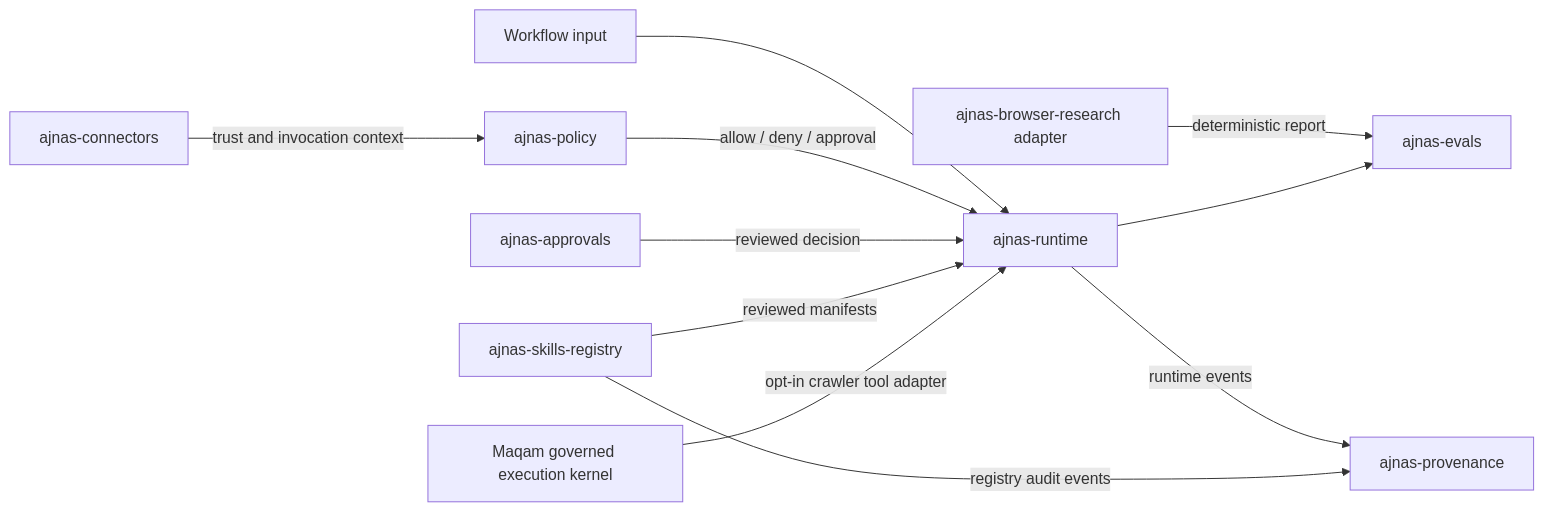
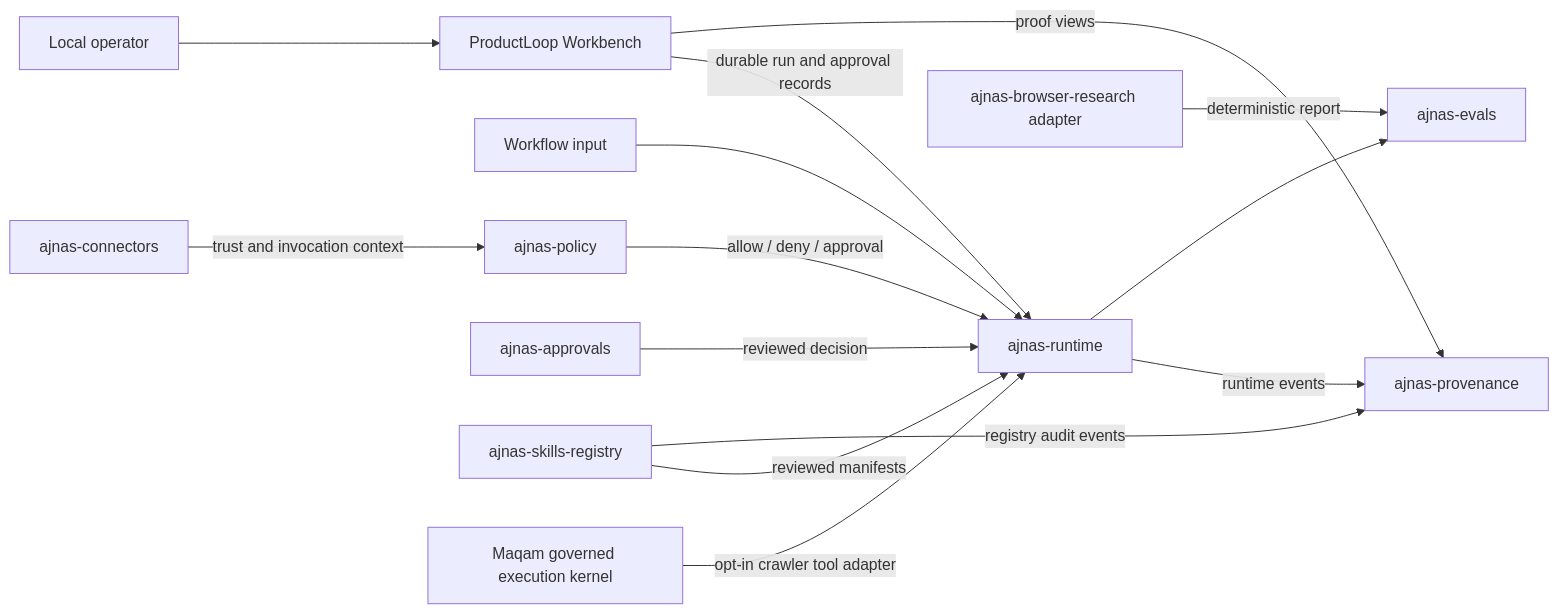
The diagram in docs/architecture.md (AjnasNB/productloop-os), drawn with Mermaid before and after one commit. The commit also changed other lines of this file and 33 other files, not shown here.

First line of the commit message:
Add ProductLoop Workbench (#33)

````diff
--- a/docs/architecture.md
+++ b/docs/architecture.md
@@ -7,13 +7,16 @@
 ```mermaid
 flowchart LR
+  Operator["Local operator"] --> Workbench["ProductLoop Workbench"]
+  Workbench -->|durable run and approval records| Runtime
+  Workbench -->|proof views| Provenance
   Input["Workflow input"] --> Runtime["ajnas-runtime"]
   Policy["ajnas-policy"] -->|allow / deny / approval| Runtime
   Approvals["ajnas-approvals"] -->|reviewed decision| Runtime
   Skills["ajnas-skills-registry"] -->|reviewed manifests| Runtime
   Connectors["ajnas-connectors"] -->|trust and invocation context| Policy
   Maqam["Maqam governed execution kernel"] -->|opt-in crawler tool adapter| Runtime
   Browser["ajnas-browser-research adapter"] -->|deterministic report| Evals["ajnas-evals"]
   Runtime -->|runtime events| Provenance["ajnas-provenance"]
   Skills -->|registry audit events| Provenance
   Runtime --> Evals
 ```
````
